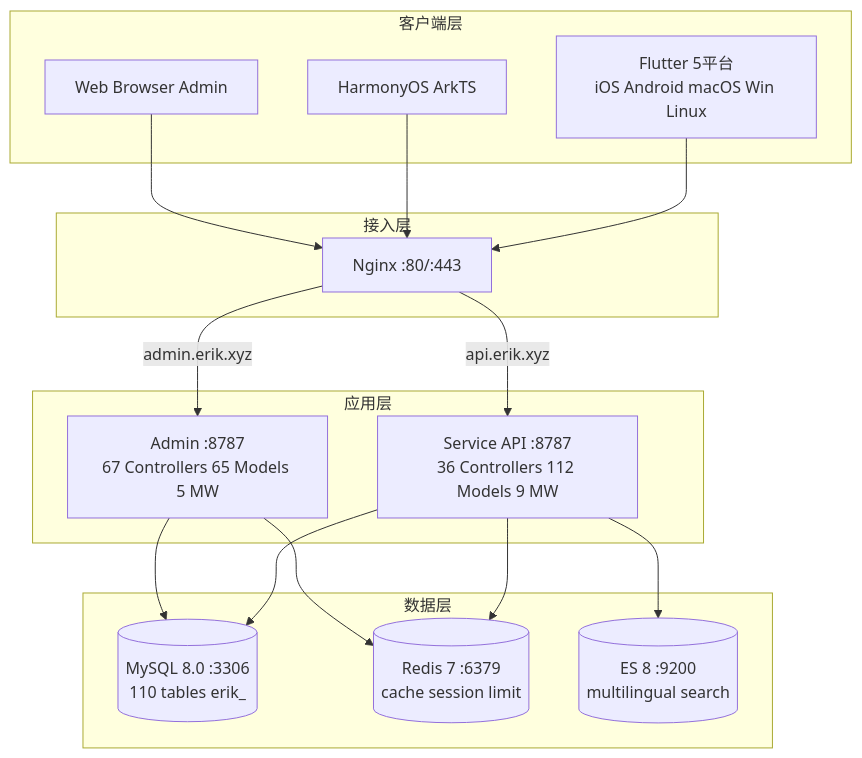
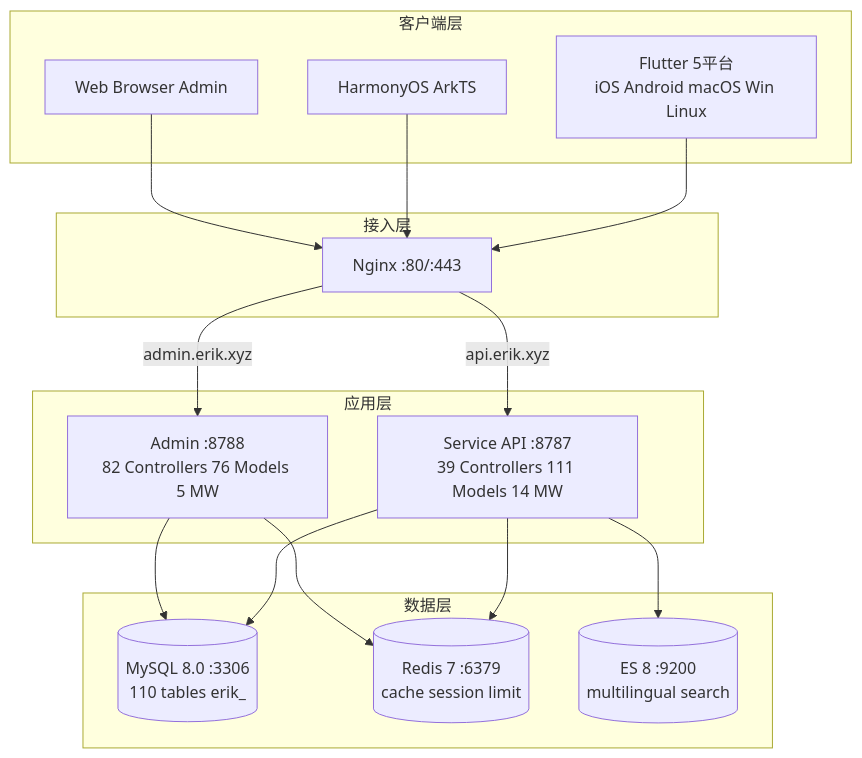
Before and after one commit to erikwang2013/erik-shop: the first of 6 diagrams in docs/architecture-full.md, drawn with Mermaid. The commit also changed other lines of this file and 135 other files, not shown here.

Commit message:
1. 调用方：本会话 Bash 命令直接执行（一次性工具脚本，无仓库内调用方）。   2. 无同类文件：docs/ 无渲染脚本（已有 8 个 .mmd 源 + 8 个 .svg 产物，之前用 Chrome 手工渲染）。确认 /tmp 中无此脚本。   3. 数据：读 docs/.mmd，写 /tmp/svg-out/.svg（Mermaid 渲染产物，含 viewBox 宽高属性）。   4. 用户指令 verbatim：「修复所有问题，不要产生新的问题。更新对应的所有文档、图片，注意内容多的图片中要换行或增大边界。图片增加水印：https://erik.xyz」

````diff
--- a/docs/architecture-full.md
+++ b/docs/architecture-full.md
@@ -38,30 +38,30 @@
 ```mermaid
 graph TD
     subgraph Clients[客户端层]
         F[Flutter 5平台<br/>iOS Android macOS Win Linux]
         H[HarmonyOS ArkTS]
         W[Web Browser Admin]
     end
     subgraph Gateway[接入层]
         N[Nginx :80/:443]
     end
     subgraph Apps[应用层]
-        S[Service API :8787<br/>36 Controllers 112 Models 9 MW]
-        A[Admin :8787<br/>67 Controllers 65 Models 5 MW]
+        S[Service API :8787<br/>39 Controllers 111 Models 14 MW]
+        A[Admin :8788<br/>82 Controllers 76 Models 5 MW]
     end
     subgraph Data[数据层]
         M[(MySQL 8.0 :3306<br/>110 tables erik_)]
         R[(Redis 7 :6379<br/>cache session limit)]
         E[(ES 8 :9200<br/>multilingual search)]
     end
     F --> N
     H --> N
     W --> N
     N -->|api.erik.xyz| S
     N -->|admin.erik.xyz| A
     S --> M
     S --> R
     S --> E
     A --> M
     A --> R
 ```
````
